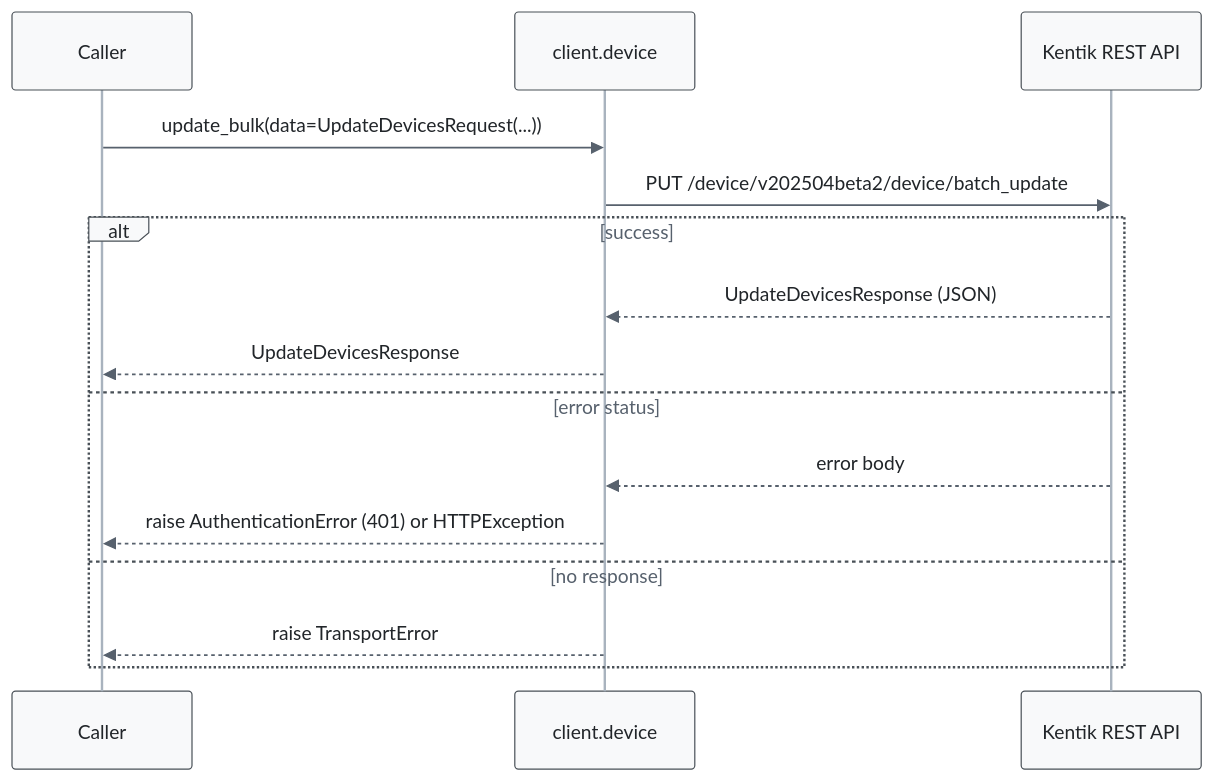
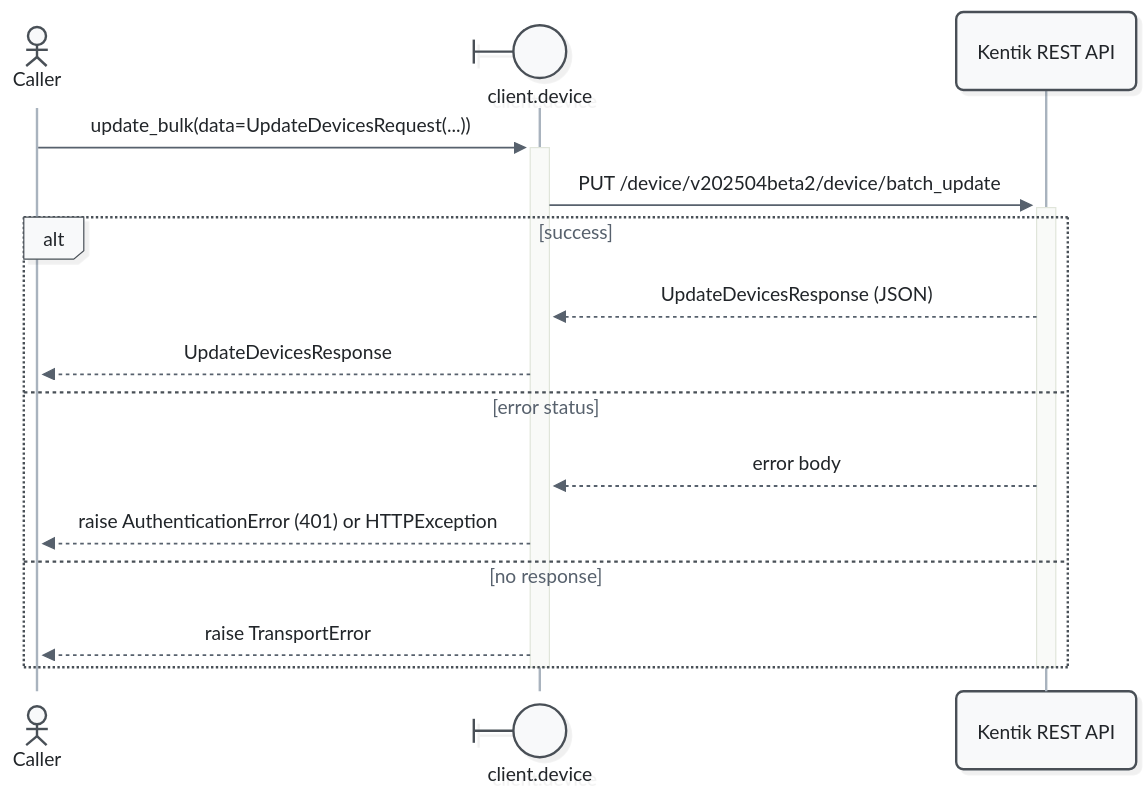
Before and after one commit to alexdearaujo/community_sdk_python: the ninth of 21 diagrams in docs/sphinx/services/device.md, drawn with Mermaid. The commit also changed other lines of this file and 52 other files, not shown here.

First line of the commit message:
docs: Mermaid 12 sequence diagrams with participant types and path colors

````diff
--- a/docs/sphinx/services/device.md
+++ b/docs/sphinx/services/device.md
@@ -347,19 +367,21 @@
 ```mermaid
-%%{init: {"theme": "base", "fontFamily": "ui-monospace, SFMono-Regular, Menlo, monospace", "themeVariables": {"fontFamily": "ui-monospace, SFMono-Regular, Menlo, monospace", "primaryColor": "#f8f9fa", "primaryBorderColor": "#495057", "primaryTextColor": "#212529", "textColor": "#212529", "lineColor": "#77818c", "edgeLabelBackground": "#ffffff", "actorBkg": "#f8f9fa", "actorBorder": "#495057", "actorTextColor": "#212529", "actorLineColor": "#a9b3be", "signalColor": "#57616d", "signalTextColor": "#212529", "labelBoxBkgColor": "#f8f9fa", "labelBoxBorderColor": "#495057", "labelTextColor": "#212529", "loopTextColor": "#57616d", "noteBkgColor": "#fff9db", "noteBorderColor": "#f08c00", "noteTextColor": "#a35a00"}, "flowchart": {"curve": "step", "nodeSpacing": 30, "rankSpacing": 70, "wrappingWidth": 400}}}%%
+%%{init: {"theme": "redux", "look": "neo", "layout": "dagre", "fontFamily": "ui-monospace, SFMono-Regular, Menlo, monospace", "themeVariables": {"fontFamily": "ui-monospace, SFMono-Regular, Menlo, monospace", "primaryColor": "#f8f9fa", "primaryBorderColor": "#495057", "primaryTextColor": "#212529", "textColor": "#212529", "lineColor": "#77818c", "edgeLabelBackground": "#ffffff", "actorBkg": "#f8f9fa", "actorBorder": "#495057", "actorTextColor": "#212529", "actorLineColor": "#a9b3be", "signalColor": "#57616d", "signalTextColor": "#212529", "labelBoxBkgColor": "#f8f9fa", "labelBoxBorderColor": "#495057", "labelTextColor": "#212529", "loopTextColor": "#57616d", "noteBkgColor": "#fff9db", "noteBorderColor": "#f08c00", "noteTextColor": "#a35a00"}, "sequence": {"activationWidth": 16}, "flowchart": {"curve": "step", "nodeSpacing": 30, "rankSpacing": 70, "wrappingWidth": 400}}}%%
 sequenceDiagram
-    participant C as Caller
-    participant W as client.device
+    actor C as Caller
+    participant W@{ "type": "boundary" } as client.device
     participant API as Kentik REST API
 
-    C->>W: update_bulk(data=UpdateDevicesRequest(...))
-    W->>API: PUT /device/v202504beta2/device/batch_update
+    C->>+W: update_bulk(data=UpdateDevicesRequest(...))
+    W->>+API: PUT /device/v202504beta2/device/batch_update
     alt success
         API-->>W: UpdateDevicesResponse (JSON)
         W-->>C: UpdateDevicesResponse
     else error status
         API-->>W: error body
         W-->>C: raise AuthenticationError (401) or HTTPException
     else no response
         W-->>C: raise TransportError
     end
+    deactivate API
+    deactivate W
 ```
````
